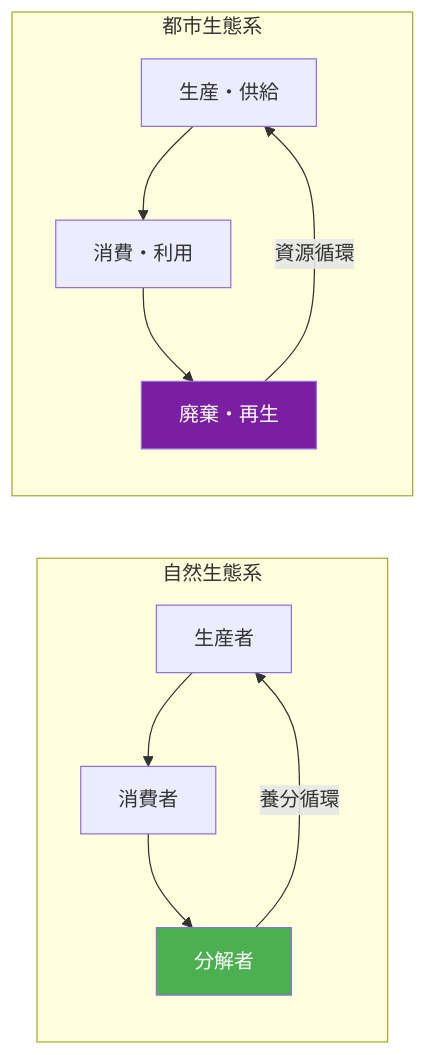
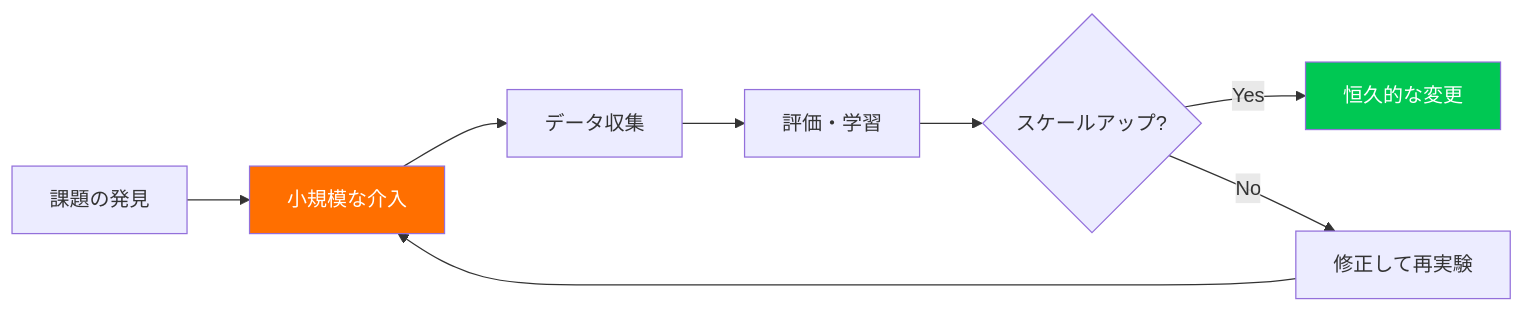
One commit to Hide-nu/Designer-curriculum changed the third of 3 diagrams in docs/books/03-social-transformation/ch02-urban-ecologies.md. Above: the diagram before and after it, drawn with Mermaid. The commit also changed other lines of this file and 13 other files, not shown here.

````diff
--- a/docs/books/03-social-transformation/ch02-urban-ecologies.md
+++ b/docs/books/03-social-transformation/ch02-urban-ecologies.md
@@ -53,17 +118,12 @@
 ```mermaid
 graph LR
-    subgraph 自然生態系
-        A[生産者] --> B[消費者]
-        B --> C[分解者]
-        C -->|養分循環| A
-    end
-
-    subgraph 都市生態系
-        D[生産・供給] --> E[消費・利用]
-        E --> F[廃棄・再生]
-        F -->|資源循環| D
-    end
-
-    style C fill:#4caf50,color:#fff
-    style F fill:#7b1fa2,color:#fff
+    A[課題の発見] --> B[小規模な介入]
+    B --> C[データ収集]
+    C --> D[評価・学習]
+    D --> E{スケールアップ?}
+    E -->|Yes| F[恒久的な変更]
+    E -->|No| G[修正して再実験]
+    G --> B
+    style B fill:#ff6f00,color:#fff
+    style F fill:#00c853,color:#fff
 ```
````
